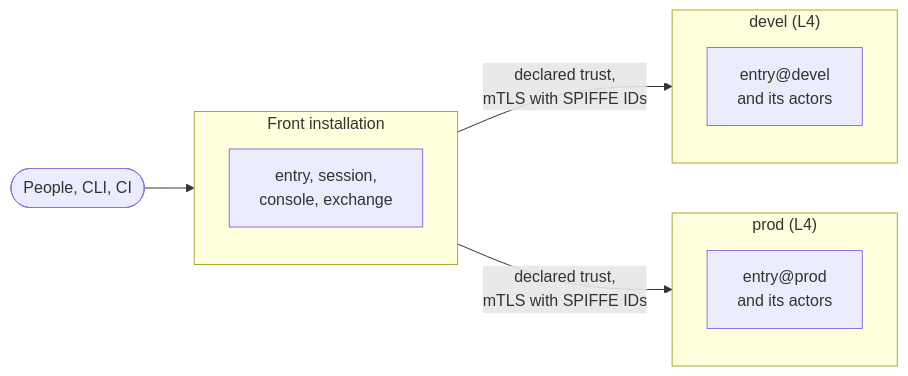
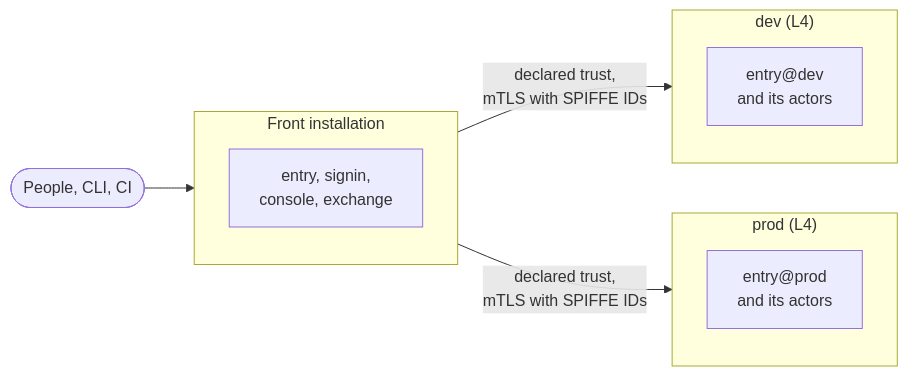
Before and after one commit to truvity/sluis: the diagram in docs/concepts/boundaries.md, drawn with Mermaid. The commit also changed other lines of this file and 154 other files, not shown here.

````diff
--- a/docs/concepts/boundaries.md
+++ b/docs/concepts/boundaries.md
@@ -62,15 +68,15 @@
 ```mermaid
 flowchart LR
   people(["People, CLI, CI"]) --> front
   subgraph front["Front installation"]
-    fe["entry, session,<br/>console, exchange"]
+    fe["entry, signin,<br/>console, exchange"]
   end
-  subgraph dev["devel (L4)"]
-    de["entry@devel<br/>and its actors"]
+  subgraph dev["dev (L4)"]
+    de["entry@dev<br/>and its actors"]
   end
   subgraph prd["prod (L4)"]
     pe["entry@prod<br/>and its actors"]
   end
   front -->|"declared trust,<br/>mTLS with SPIFFE IDs"| dev
   front -->|"declared trust,<br/>mTLS with SPIFFE IDs"| prd
 ```
````
